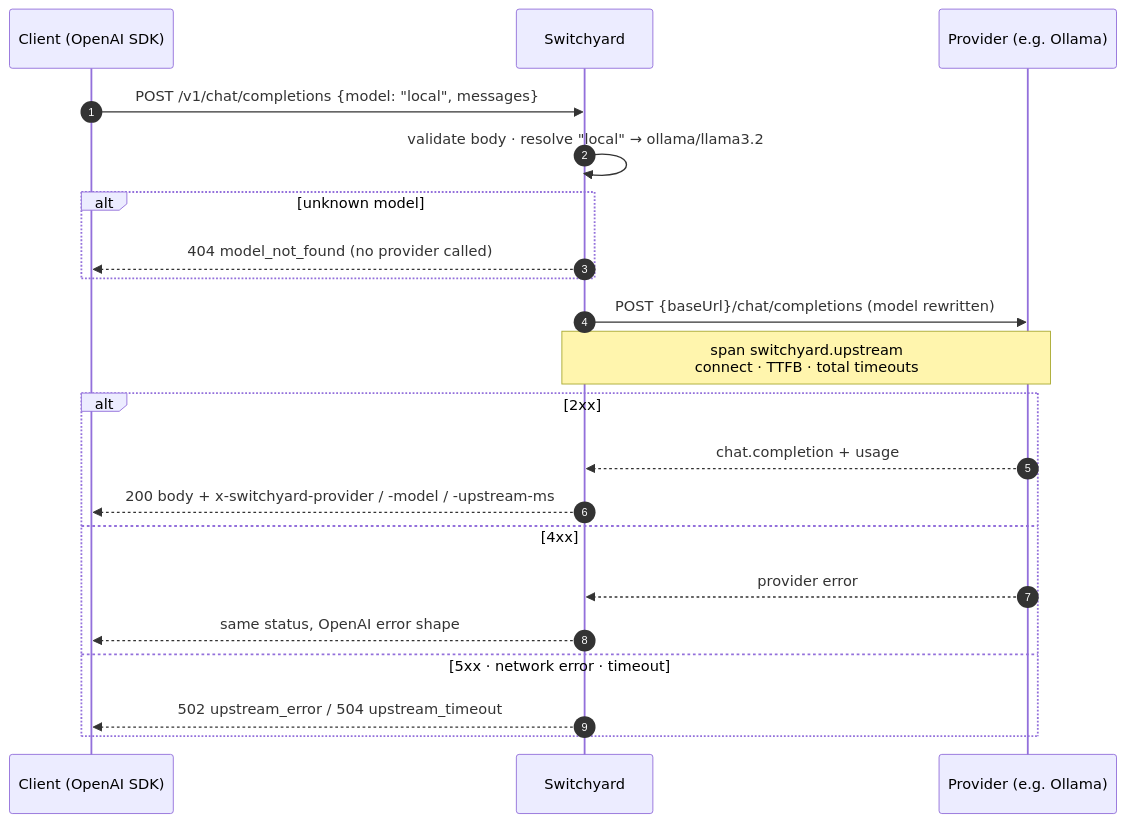
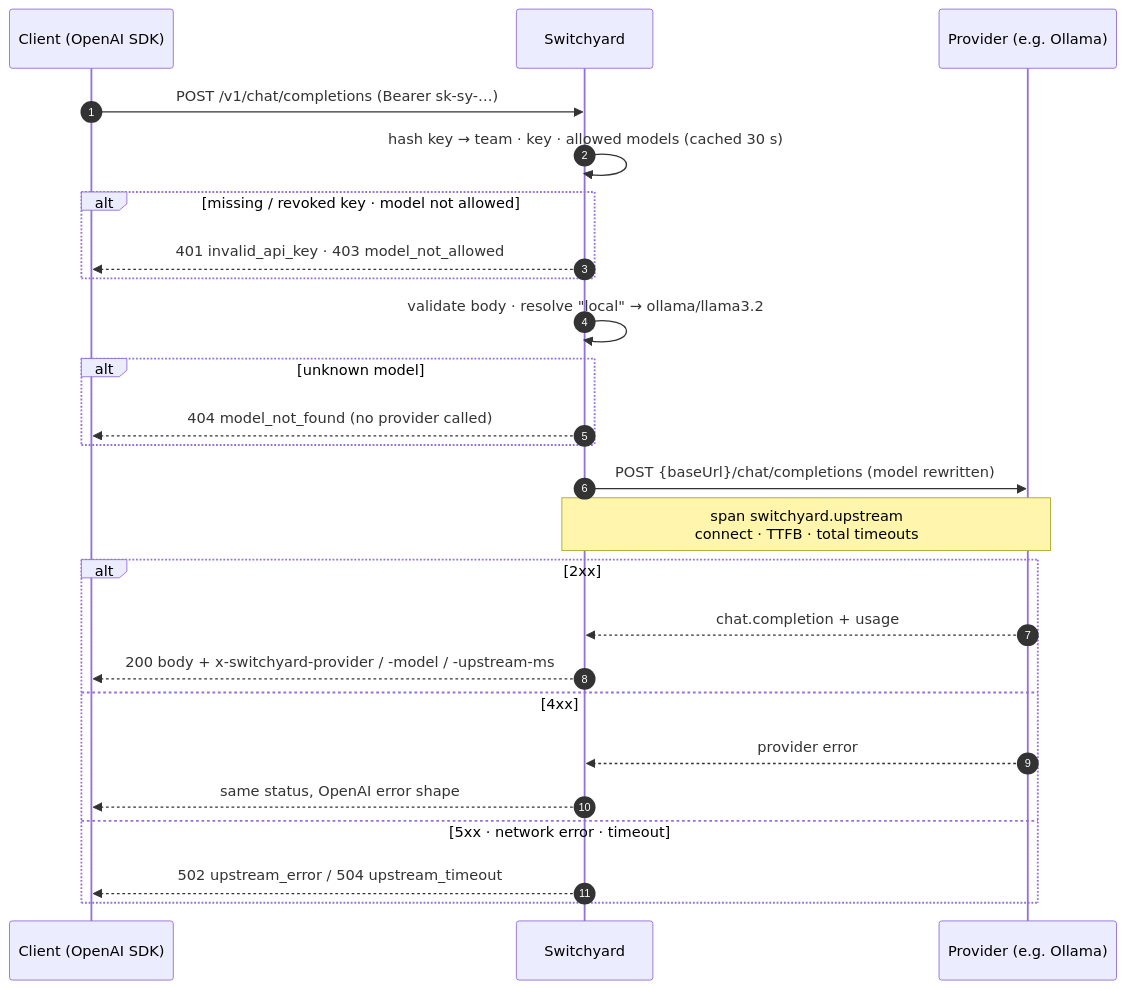
One commit to thisanches07/switchyard changed the second of 5 diagrams in README.md. Above: the diagram before and after it, drawn with Mermaid. The commit also changed other lines of this file and 2 other files, not shown here.

Commit message:
docs: key-based quickstart, admin API guide, auth in diagrams and a re-recorded demo; smoke uses admin-issued keys [spec-004]

````diff
--- a/README.md
+++ b/README.md
@@ -229,24 +251,28 @@
 ```mermaid
 sequenceDiagram
   autonumber
   participant C as Client (OpenAI SDK)
   participant G as Switchyard
   participant P as Provider (e.g. Ollama)
 
-  C->>G: POST /v1/chat/completions {model: "local", messages}
+  C->>G: POST /v1/chat/completions (Bearer sk-sy-…)
+  G->>G: hash key → team · key · allowed models (cached 30 s)
+  alt missing / revoked key · model not allowed
+    G-->>C: 401 invalid_api_key · 403 model_not_allowed
+  end
   G->>G: validate body · resolve "local" → ollama/llama3.2
   alt unknown model
     G-->>C: 404 model_not_found (no provider called)
   end
   G->>P: POST {baseUrl}/chat/completions (model rewritten)
   Note over G,P: span switchyard.upstream<br/>connect · TTFB · total timeouts
   alt 2xx
     P-->>G: chat.completion + usage
     G-->>C: 200 body + x-switchyard-provider / -model / -upstream-ms
   else 4xx
     P-->>G: provider error
     G-->>C: same status, OpenAI error shape
   else 5xx · network error · timeout
     G-->>C: 502 upstream_error / 504 upstream_timeout
   end
 ```
````
